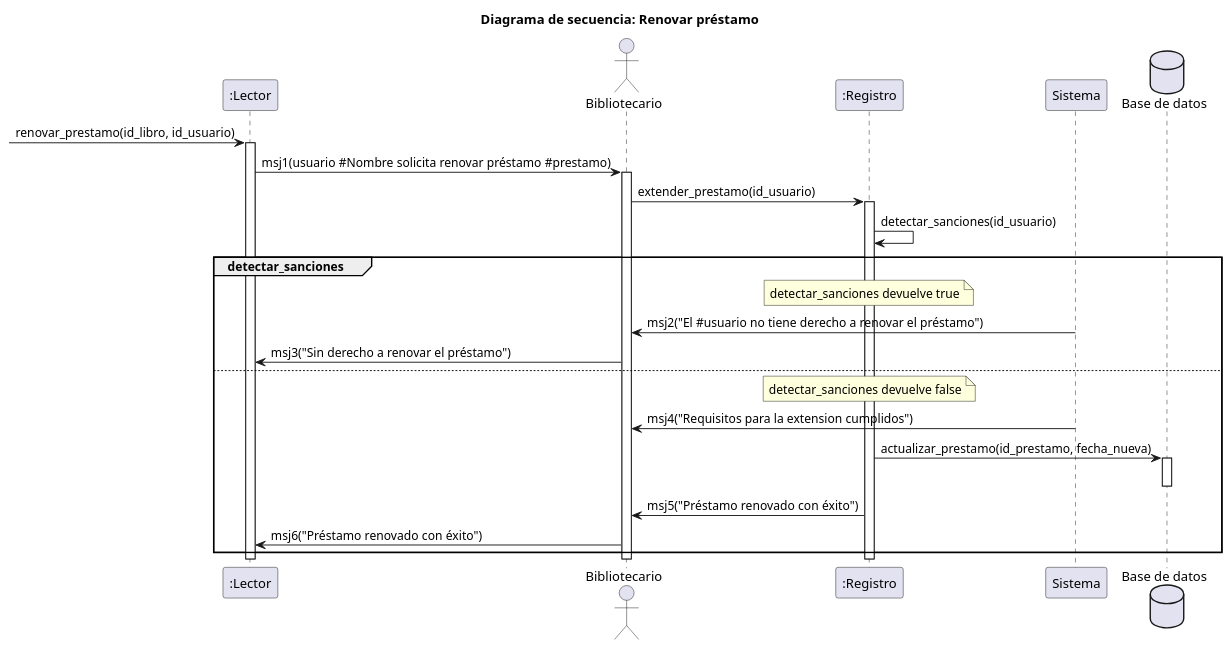
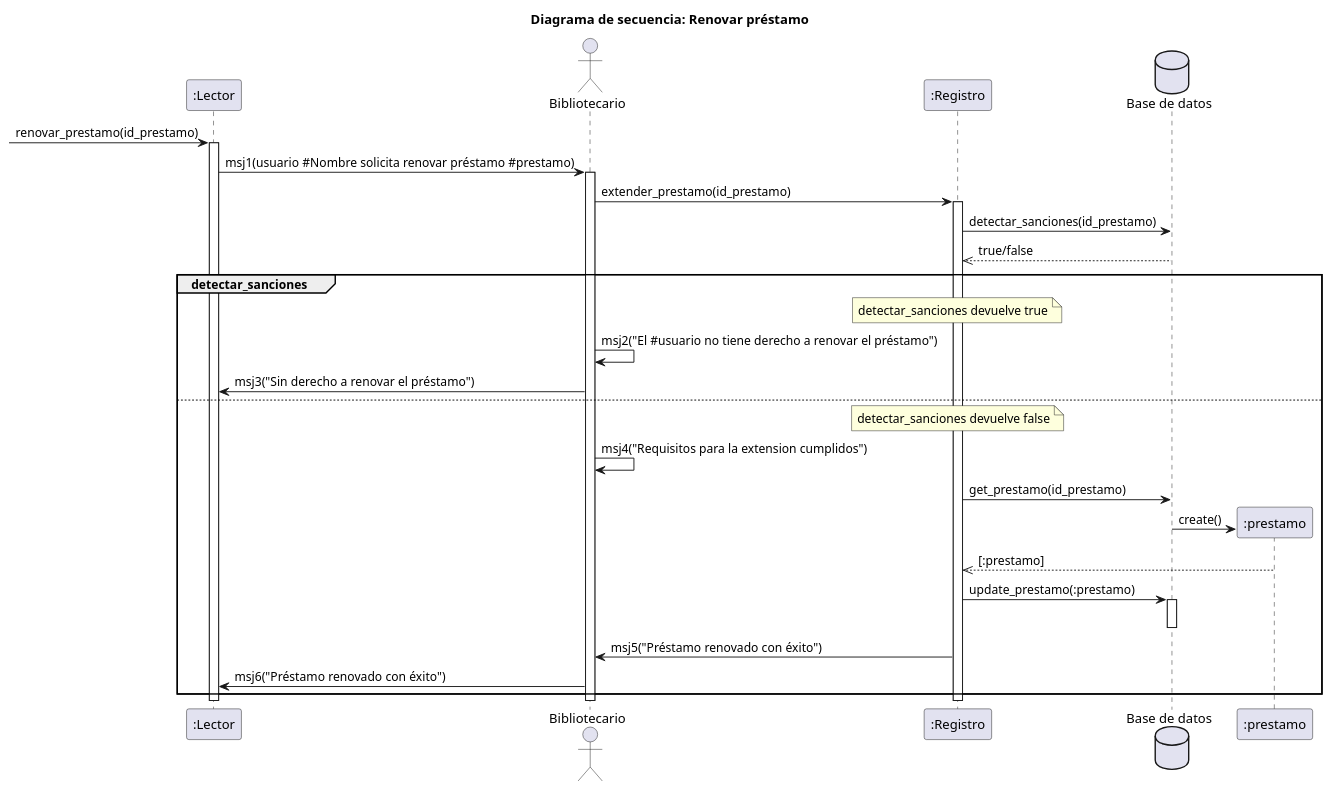
The diagram in Interacion3/renovarPrestamo.puml (RubenE107/diagramas-de-dise-o-uml), drawn with PlantUML before and after one commit. The commit also changed 1 other file, not shown here.

Commit message:
renovar prestamo

```diff
--- a/Interacion3/renovarPrestamo.puml
+++ b/Interacion3/renovarPrestamo.puml
@@ -1,73 +1,81 @@
 @startuml 
 
 title Diagrama de secuencia: Renovar préstamo
 
 participant ":Lector" as L
 actor "Bibliotecario" as b
 participant ":Registro" as r
-participant "Sistema" as s
 database "Base de datos" as bd
 
-->L:renovar_prestamo(id_libro, id_usuario)
+
+->L:renovar_prestamo(id_prestamo)
 activate L
 L->b:msj1(usuario #Nombre solicita renovar préstamo #prestamo)
 activate b
-b->r:extender_prestamo(id_usuario)
+b->r:extender_prestamo(id_prestamo)
 activate r
-r->r:detectar_sanciones(id_usuario)
+r->bd:detectar_sanciones(id_prestamo)
+bd-->>r: true/false
+
+
+
 group detectar_sanciones
     note over r: detectar_sanciones devuelve true
-    s->b: msj2("El #usuario no tiene derecho a renovar el préstamo")
+    b->b: msj2("El #usuario no tiene derecho a renovar el préstamo")
     b->L: msj3("Sin derecho a renovar el préstamo")
 else 
     note over r: detectar_sanciones devuelve false
-    s->b: msj4("Requisitos para la extension cumplidos")
-    r->bd:actualizar_prestamo(id_prestamo, fecha_nueva)
+    b->b: msj4("Requisitos para la extension cumplidos")
+    r->bd:get_prestamo(id_prestamo)
+    create ":prestamo" as p
+    bd->p:create()
+    p-->>r:[:prestamo]
+    r->bd:update_prestamo(:prestamo)
     activate bd
     deactivate bd
     r->b:msj5("Préstamo renovado con éxito")
     b->L:msj6("Préstamo renovado con éxito")
     
 end
 deactivate r
 
 deactivate L
 
 
 
 
 
 deactivate b
 ' actor "Usuario" as u
 ' participant "Sistema" as s
 ' database "Base de datos" as bd
 
 ' u -> s: iniciarSesion(correo, contrasena)
 ' activate s
 ' u -> s: renovarPrestamo(idLibro, idUsuario)
 ' activate s
 ' u ->> s: El usuario presiona el boton Extender Periodo
 ' s->>s: Verificar si el usuario puede extender el periodo
 ' group Si el usuario puede extender el periodo
 ' ->s: verUsuario(idUsuario)
 
 ' activate s
 ' else Si el usuario no puede extender el periodo
 '     s->>s: detecta que el usuario ya tiene una sanccion
 '     s--> u: mensaje("No puede extender el periodo, tiene una sancion") 
 '     s->>s: Cancelar la operacion
 ' deactivate s
 ' end
 ' u -> s:extenderPrestamo(idLibro)
 ' activate s
 
 ' s -> bd: actualizarPrestamo(idLibro)
 ' activate bd
 ' s -->> u: Enviar mensaje de confirmacion
 ' deactivate bd
 ' deactivate s
 ' deactivate s
 
 
 
 @enduml
```
